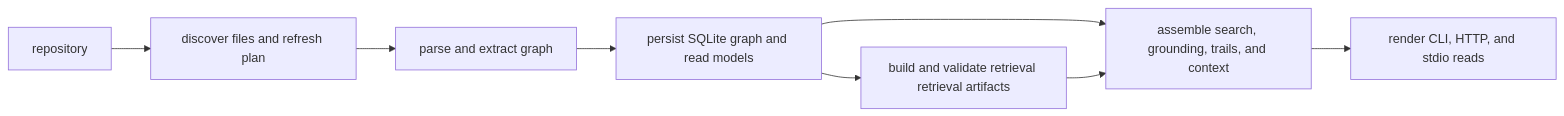
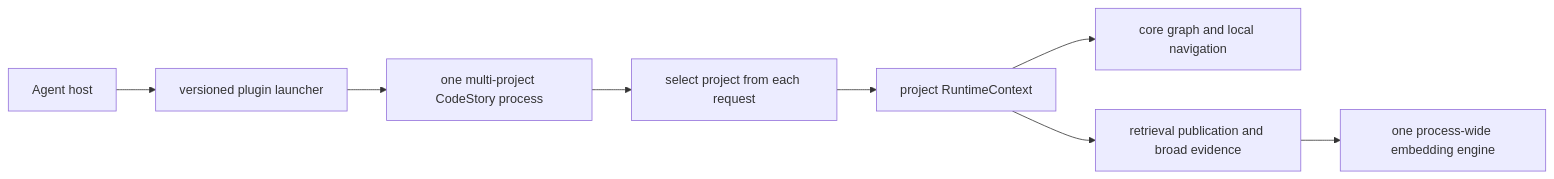
One commit to TheGreenCedar/CodeStory changed the first of 3 diagrams in docs/architecture/overview.md. Above: the diagram before and after it, drawn with Mermaid. The commit also changed other lines of this file and 85 other files, not shown here.

````diff
--- a/docs/architecture/overview.md
+++ b/docs/architecture/overview.md
@@ -9,10 +11,10 @@
 ```mermaid
 flowchart LR
-    Repo["repository"] --> Workspace["discover files and refresh plan"]
-    Workspace --> Indexer["parse and extract graph"]
-    Indexer --> Store["persist SQLite graph and read models"]
-    Store --> Retrieval["build and validate retrieval retrieval artifacts"]
-    Store --> Runtime["assemble search, grounding, trails, and context"]
-    Retrieval --> Runtime
-    Runtime --> CLI["render CLI, HTTP, and stdio reads"]
+    Host["Agent host"] --> Launcher["versioned plugin launcher"]
+    Launcher --> Stdio["one multi-project CodeStory process"]
+    Stdio --> Select["select project from each request"]
+    Select --> Runtime["project RuntimeContext"]
+    Runtime --> Graph["core graph and local navigation"]
+    Runtime --> Retrieval["retrieval publication and broad evidence"]
+    Retrieval --> Engine["one process-wide embedding engine"]
 ```
````
